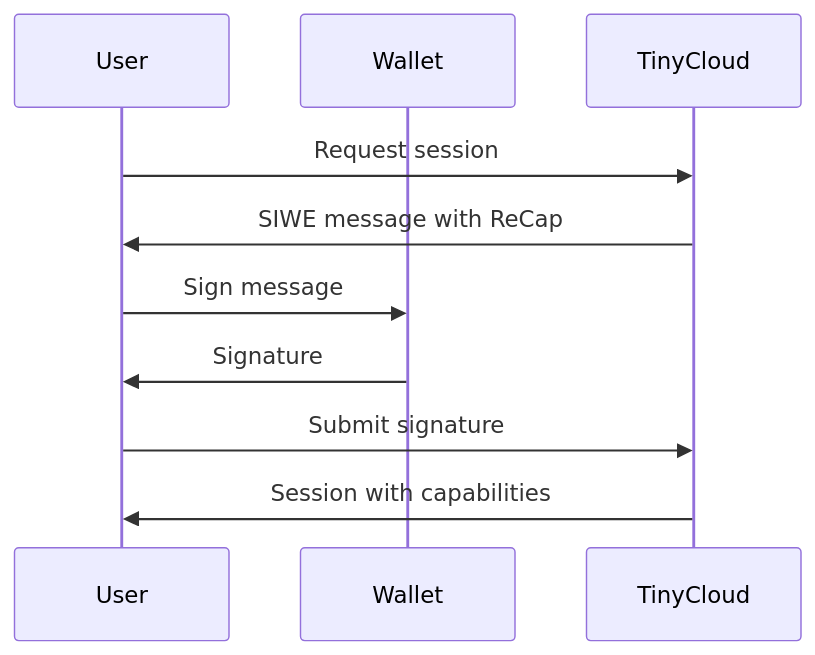
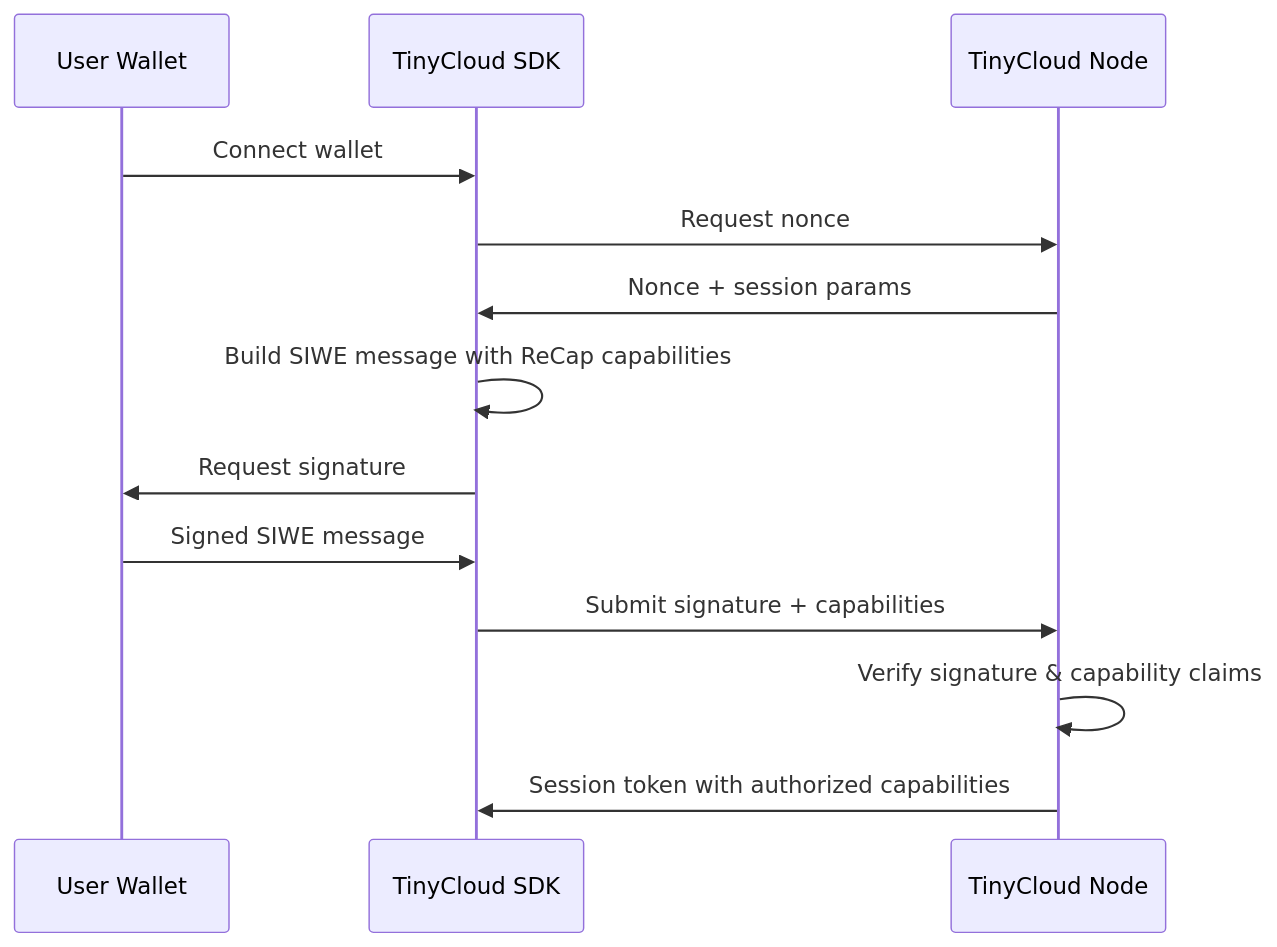
Before and after one commit to TinyCloudLabs/docs: the first of 3 diagrams in concepts/capabilities.mdx, drawn with Mermaid. The commit also changed other lines of this file and 16 other files, not shown here.

````diff
--- a/concepts/capabilities.mdx
+++ b/concepts/capabilities.mdx
@@ -24,13 +24,16 @@
 ```mermaid
 sequenceDiagram
-    participant User
-    participant Wallet
-    participant TinyCloud
+    participant User as User Wallet
+    participant SDK as TinyCloud SDK
+    participant Node as TinyCloud Node
 
-    User->>TinyCloud: Request session
-    TinyCloud->>User: SIWE message with ReCap
-    User->>Wallet: Sign message
-    Wallet->>User: Signature
-    User->>TinyCloud: Submit signature
-    TinyCloud->>User: Session with capabilities
+    User->>SDK: Connect wallet
+    SDK->>Node: Request nonce
+    Node->>SDK: Nonce + session params
+    SDK->>SDK: Build SIWE message with ReCap capabilities
+    SDK->>User: Request signature
+    User->>SDK: Signed SIWE message
+    SDK->>Node: Submit signature + capabilities
+    Node->>Node: Verify signature & capability claims
+    Node->>SDK: Session token with authorized capabilities
 ```
````
